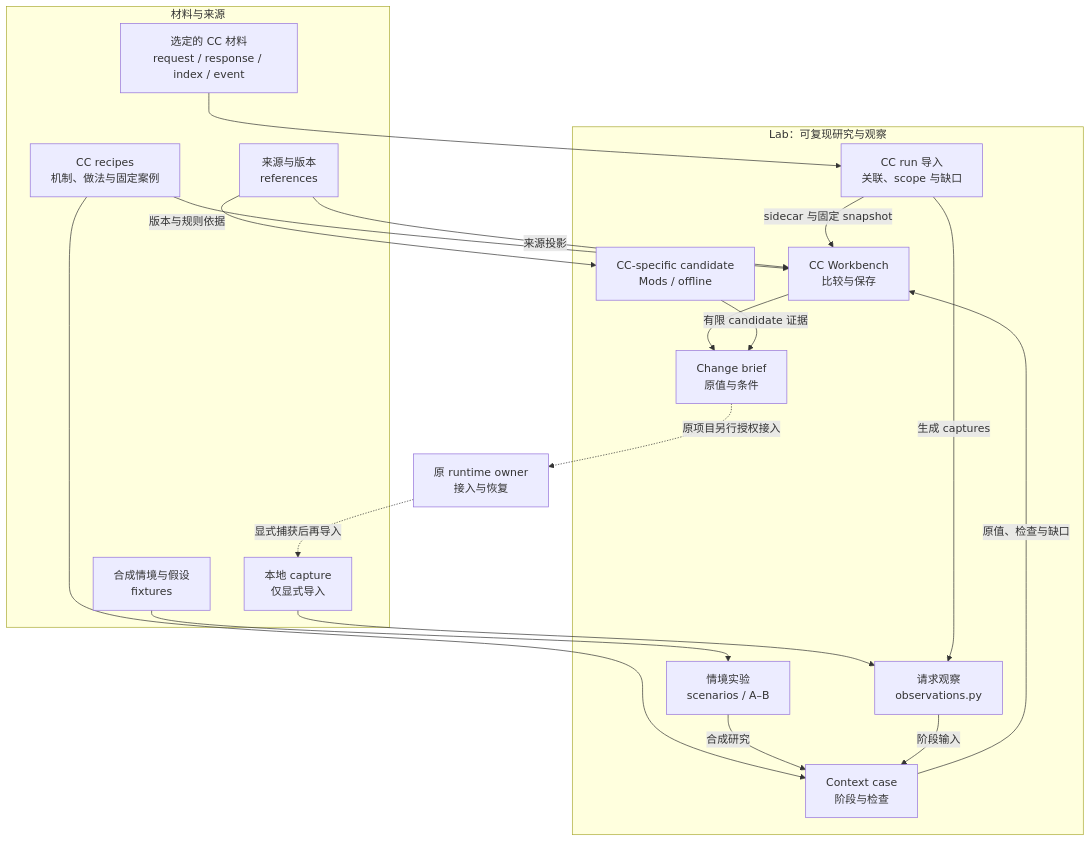
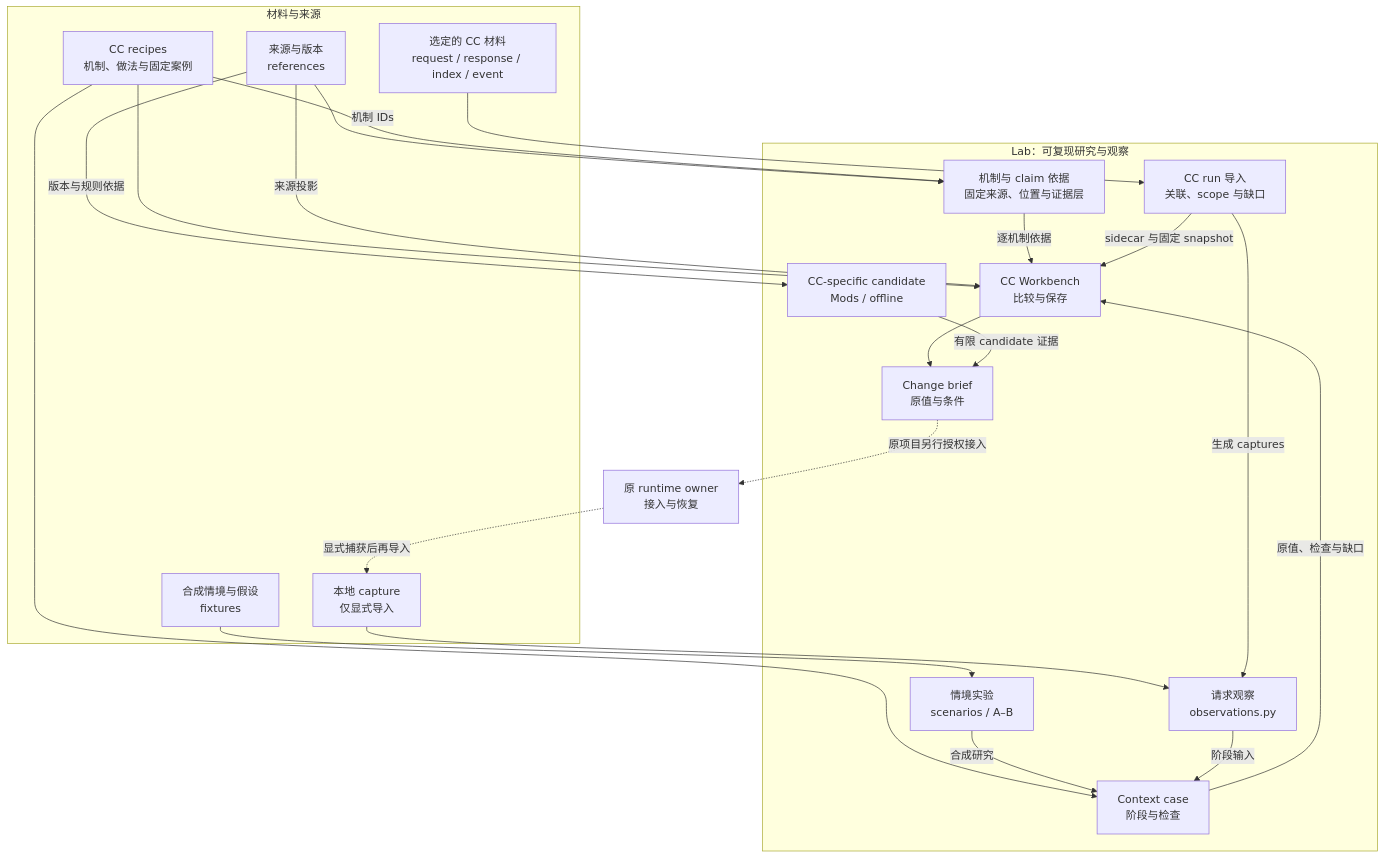
Before and after one commit to IndelibleVivi/cc-context-lab: the diagram in README.md, drawn with Mermaid. The commit also changed other lines of this file and 24 other files, not shown here.

````diff
--- a/README.md
+++ b/README.md
@@ -33,36 +35,40 @@
 ```mermaid
 flowchart TB
   subgraph INPUT["材料与来源"]
     REF["来源与版本<br/>references"]
     FIX["合成情境与假设<br/>fixtures"]
     RECIPE["CC recipes<br/>机制、做法与固定案例"]
     CAP["本地 capture<br/>仅显式导入"]
     RAW["选定的 CC 材料<br/>request / response / index / event"]
   end
   subgraph LAB["Lab：可复现研究与观察"]
     ENGINE["情境实验<br/>scenarios / A–B"]
     OBS["请求观察<br/>observations.py"]
     RUN["CC run 导入<br/>关联、scope 与缺口"]
     CASE["Context case<br/>阶段与检查"]
     ATLAS["CC Workbench<br/>比较与保存"]
     CC["CC-specific candidate<br/>Mods / offline"]
+    CLAIM["机制与 claim 依据<br/>固定来源、位置与证据层"]
     BRIEF["Change brief<br/>原值与条件"]
   end
   OWNER["原 runtime owner<br/>接入与恢复"]
   RECIPE --> CASE
   RECIPE --> ATLAS
+  REF --> CLAIM
+  RECIPE -->|"机制 IDs"| CLAIM
+  CLAIM -->|"逐机制依据"| ATLAS
   FIX --> ENGINE
   CAP --> OBS
   RAW --> RUN
   RUN -->|"生成 captures"| OBS
   RUN -->|"sidecar 与固定 snapshot"| ATLAS
   ENGINE -->|"合成研究"| CASE
   OBS -->|"阶段输入"| CASE
   CASE -->|"原值、检查与缺口"| ATLAS
   REF -->|"来源投影"| ATLAS
   REF -->|"版本与规则依据"| CC
   ATLAS --> BRIEF
   CC -->|"有限 candidate 证据"| BRIEF
   BRIEF -. "原项目另行授权接入" .-> OWNER
   OWNER -. "显式捕获后再导入" .-> CAP
 ```
````
